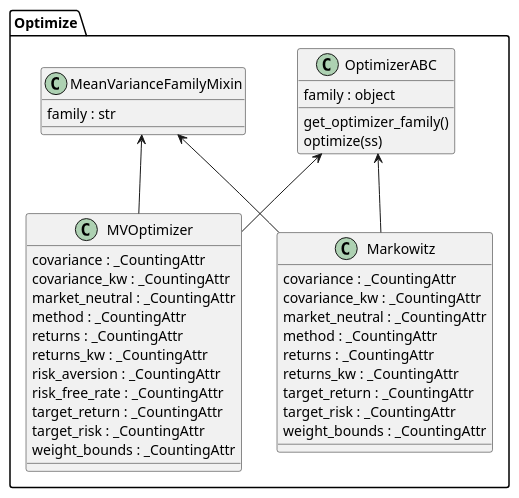
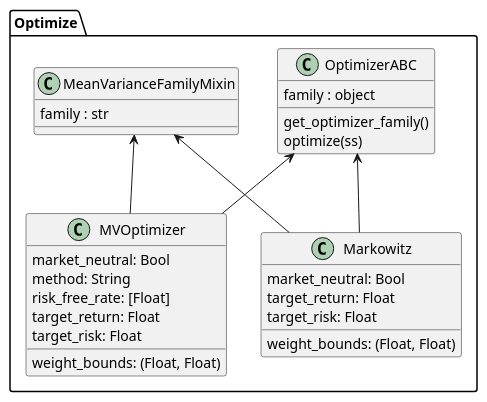
Before and after one commit to quatrope/garpar: the diagram in assets/diagrams/classes_optimize.puml, drawn with PlantUML. The commit also changed 11 other files, not shown here.

```diff
--- a/assets/diagrams/classes_optimize.puml
+++ b/assets/diagrams/classes_optimize.puml
@@ -1,44 +1,34 @@
 @startuml classes_optimize
 set namespaceSeparator none
 
 package Optimize {
   class "MVOptimizer" as garpar.optimize.mean_variance.MVOptimizer {
-    covariance : _CountingAttr
-    covariance_kw : _CountingAttr
-    market_neutral : _CountingAttr
-    method : _CountingAttr
-    returns : _CountingAttr
-    returns_kw : _CountingAttr
-    risk_aversion : _CountingAttr
-    risk_free_rate : _CountingAttr
-    target_return : _CountingAttr
-    target_risk : _CountingAttr
-    weight_bounds : _CountingAttr
+    market_neutral: Bool
+    method: String
+    risk_free_rate: [Float]
+    target_return: Float
+    target_risk: Float
+    weight_bounds: (Float, Float)
   }
   class "Markowitz" as garpar.optimize.mean_variance.Markowitz {
-    covariance : _CountingAttr
-    covariance_kw : _CountingAttr
-    market_neutral : _CountingAttr
-    method : _CountingAttr
-    returns : _CountingAttr
-    returns_kw : _CountingAttr
-    target_return : _CountingAttr
-    target_risk : _CountingAttr
-    weight_bounds : _CountingAttr
+    market_neutral: Bool
+    target_return: Float
+    target_risk: Float
+    weight_bounds: (Float, Float)
   }
   class "MeanVarianceFamilyMixin" as garpar.optimize.opt_base.MeanVarianceFamilyMixin {
     family : str
   }
   class "OptimizerABC" as garpar.optimize.opt_base.OptimizerABC {
     family : object
     get_optimizer_family()
     optimize(ss)
   }
 }
 
 garpar.optimize.mean_variance.MVOptimizer -u-> garpar.optimize.opt_base.MeanVarianceFamilyMixin
 garpar.optimize.mean_variance.MVOptimizer -u-> garpar.optimize.opt_base.OptimizerABC
 garpar.optimize.mean_variance.Markowitz -u-> garpar.optimize.opt_base.MeanVarianceFamilyMixin
 garpar.optimize.mean_variance.Markowitz -u-> garpar.optimize.opt_base.OptimizerABC
 
 @enduml
```
